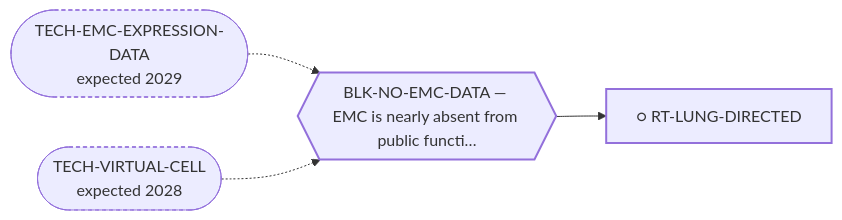
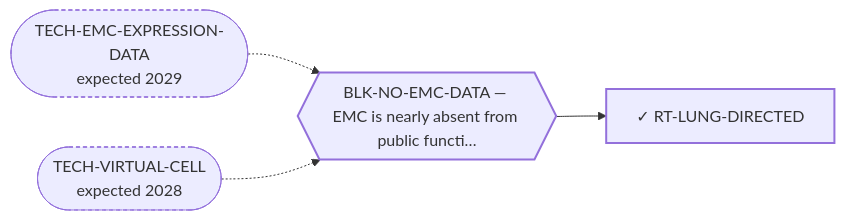
One commit to trimcrae/Rare-cancers changed the diagram in systems/views/L2-rt-lung-directed.md. Above: the diagram before and after it, drawn with Mermaid. The commit also changed other lines of this file and 13 other files, not shown here.

````diff
--- a/systems/views/L2-rt-lung-directed.md
+++ b/systems/views/L2-rt-lung-directed.md
@@ -27,14 +27,14 @@
 ```mermaid
 flowchart LR
-  RT_LUNG_DIRECTED["○ RT-LUNG-DIRECTED"]:::fam
+  RT_LUNG_DIRECTED["✓ RT-LUNG-DIRECTED"]:::fam
   BLK_NO_EMC_DATA{{"BLK-NO-EMC-DATA — EMC is nearly absent from public functi…"}}:::blk
   BLK_NO_EMC_DATA --> RT_LUNG_DIRECTED
   TECH_EMC_EXPRESSION_DATA(["TECH-EMC-EXPRESSION-DATA<br/>expected 2029"]):::tech
   TECH_EMC_EXPRESSION_DATA -.-> BLK_NO_EMC_DATA
   TECH_VIRTUAL_CELL(["TECH-VIRTUAL-CELL<br/>expected 2028"]):::tech
   TECH_VIRTUAL_CELL -.-> BLK_NO_EMC_DATA
   classDef fam stroke-width:2px;
   classDef blk stroke-width:2px;
   classDef perm stroke-width:4px;
   classDef tech stroke-width:1px,stroke-dasharray:4 3;
 ```
````
